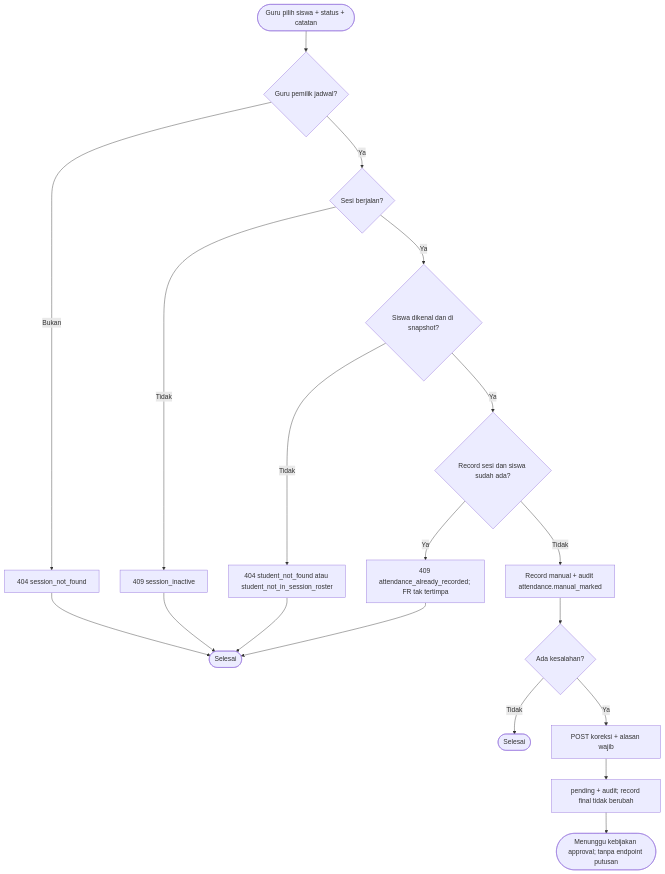
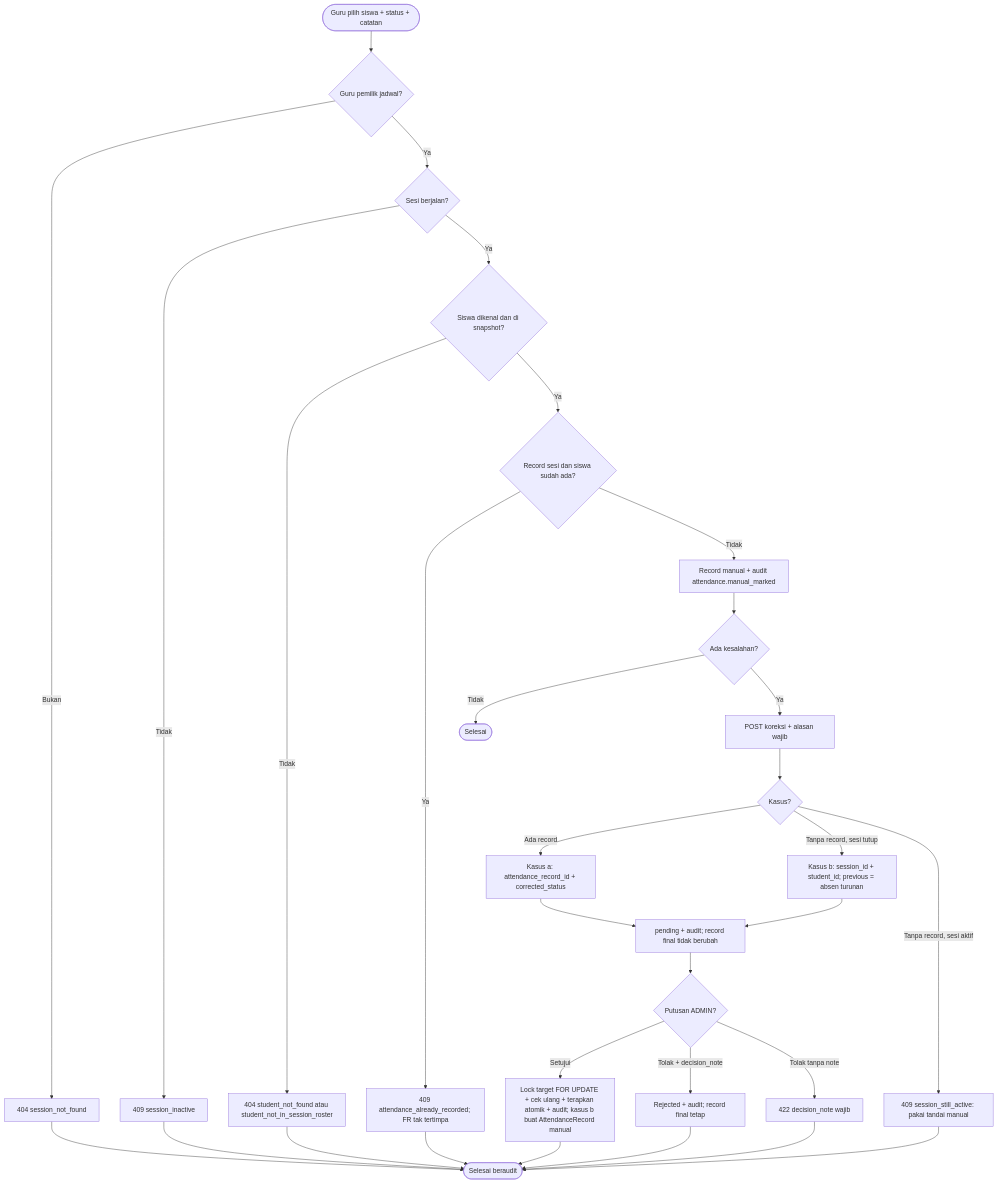
Before and after one commit to mygads/Face-Recognition-Capstone: the diagram in docs/diagrams/mermaid/05-activity-07.mmd, drawn with Mermaid. The commit also changed 242 other files, not shown here.

```diff
--- a/docs/diagrams/mermaid/05-activity-07.mmd
+++ b/docs/diagrams/mermaid/05-activity-07.mmd
@@ -1,20 +1,32 @@
 %% sumber: docs/proposal/05-activity.md (blok mermaid #7)
 flowchart TD
   S([Guru pilih siswa + status + catatan]) --> SC{Guru pemilik jadwal?}
   SC -- Bukan --> NF[404 session_not_found]
   SC -- Ya --> ST{Sesi berjalan?}
   ST -- Tidak --> SI[409 session_inactive]
   ST -- Ya --> SN{Siswa dikenal dan di snapshot?}
   SN -- Tidak --> NR[404 student_not_found atau student_not_in_session_roster]
   SN -- Ya --> DP{Record sesi dan siswa sudah ada?}
   DP -- Ya --> AR[409 attendance_already_recorded; FR tak tertimpa]
   DP -- Tidak --> SV[Record manual + audit attendance.manual_marked]
   SV --> K{Ada kesalahan?}
   K -- Tidak --> E([Selesai])
   K -- Ya --> P[POST koreksi + alasan wajib]
-  P --> PE[pending + audit; record final tidak berubah]
-  PE --> W([Menunggu kebijakan approval; tanpa endpoint putusan])
-  NF --> E2([Selesai])
+  P --> V{Kasus?}
+  V -- Ada record --> CA[Kasus a: attendance_record_id + corrected_status]
+  V -- Tanpa record, sesi tutup --> CB[Kasus b: session_id + student_id; previous = absen turunan]
+  V -- Tanpa record, sesi aktif --> RJ[409 session_still_active: pakai tandai manual]
+  CA --> PE[pending + audit; record final tidak berubah]
+  CB --> PE
+  PE --> W{Putusan ADMIN?}
+  W -- Setujui --> AP[Lock target FOR UPDATE + cek ulang + terapkan atomik + audit; kasus b buat AttendanceRecord manual]
+  W -- Tolak + decision_note --> DN[Rejected + audit; record final tetap]
+  W -- Tolak tanpa note --> R422[422 decision_note wajib]
+  AP --> E2([Selesai beraudit])
+  DN --> E2
+  R422 --> E2
+  RJ --> E2
+  NF --> E2
   SI --> E2
   NR --> E2
   AR --> E2
```
